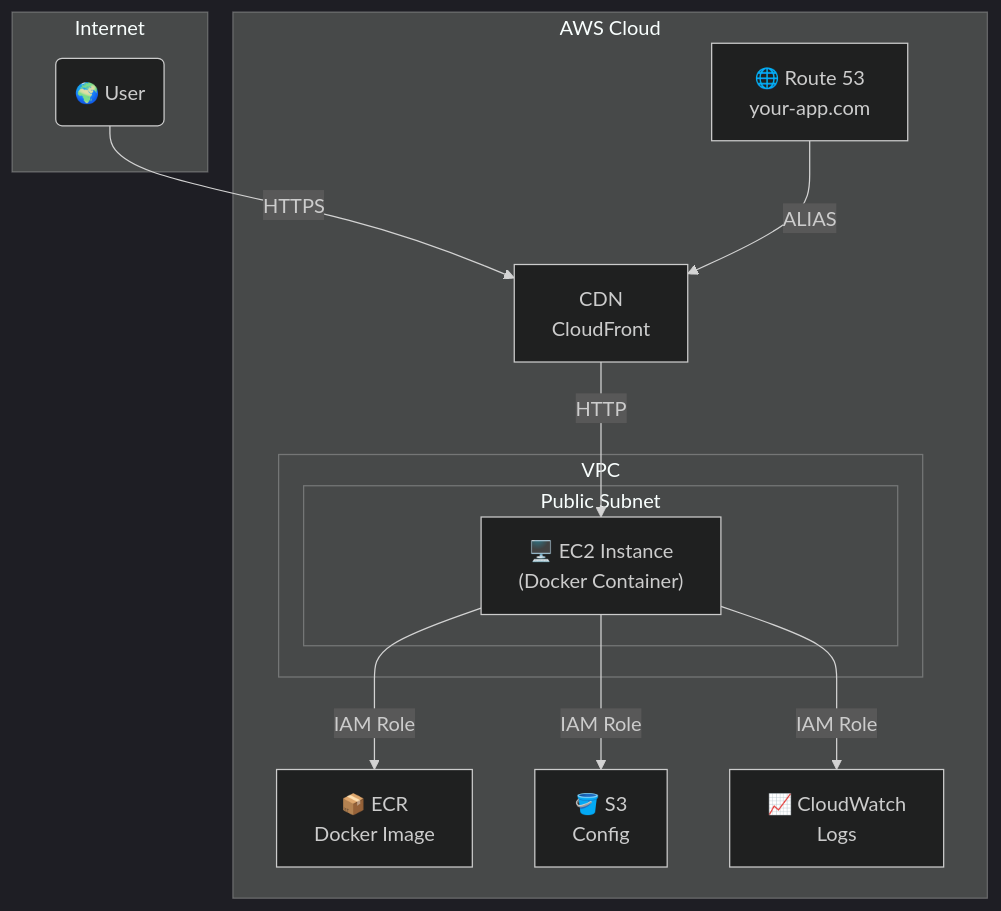
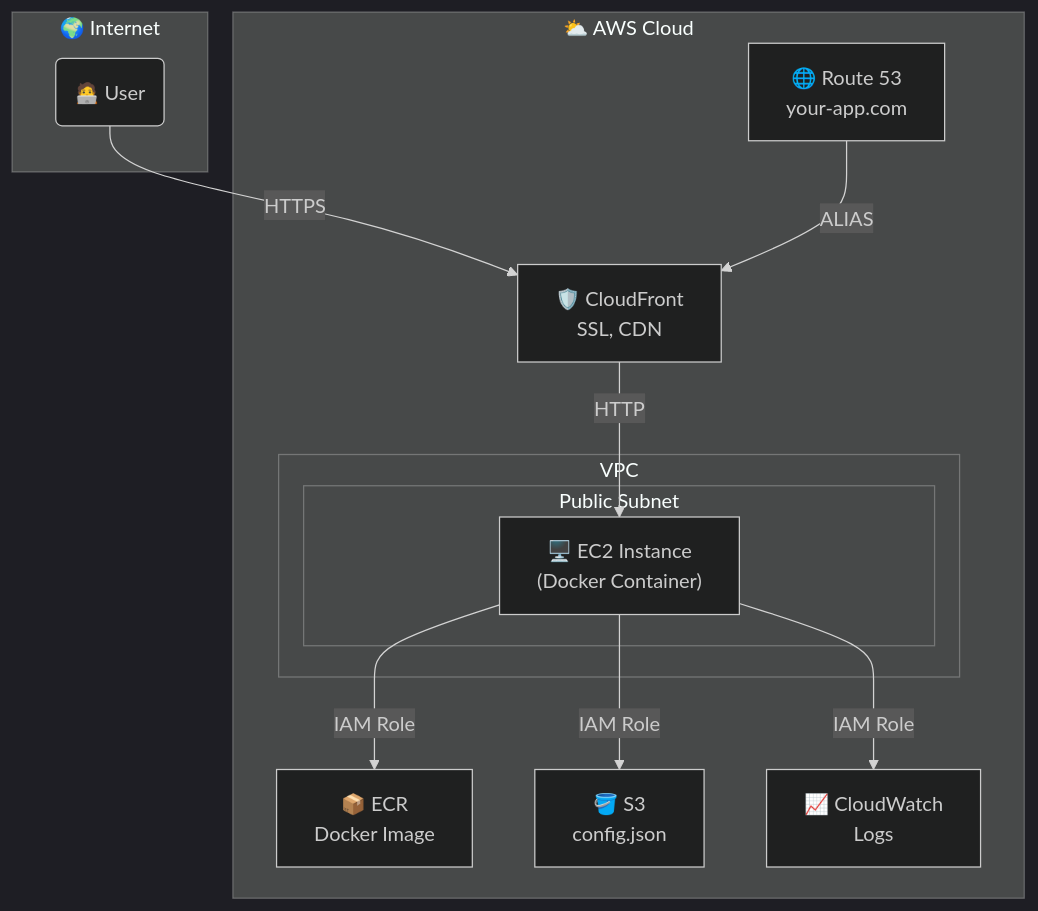
Before and after one commit to azabluda/turnkey: the diagram in DEPLOYMENT.md, drawn with Mermaid (dark theme).

Commit message:
Diagram cosmetics

````diff
--- a/DEPLOYMENT.md
+++ b/DEPLOYMENT.md
@@ -19,30 +19,30 @@
 ```mermaid
 flowchart TD
-    subgraph "Internet"
-        User("🌍 User")
+    subgraph "🌍 Internet"
+        User("🧑‍💻 User")
     end
 
-    subgraph "AWS Cloud"
+    subgraph "⛅ AWS Cloud"
         Route53["🌐 Route 53<br>your-app.com"]
-        CloudFront["CDN<br>CloudFront"]
+        CloudFront["🛡️ CloudFront<br>SSL, CDN"]
         
         subgraph "VPC"
             subgraph "Public Subnet"
                 EC2["🖥️ EC2 Instance<br>(Docker Container)"]
             end
         end
 
         ECR["📦 ECR<br>Docker Image"]
-        S3["🪣 S3<br>Config"]
+        S3["🪣 S3<br>config.json"]
         CloudWatch["📈 CloudWatch<br>Logs"]
     end
 
     %% Connections
     User -- HTTPS --> CloudFront
     Route53 -- ALIAS --> CloudFront
     CloudFront -- HTTP --> EC2
     
     EC2 -- IAM Role --> ECR
     EC2 -- IAM Role --> S3
     EC2 -- IAM Role --> CloudWatch
 ```
````
